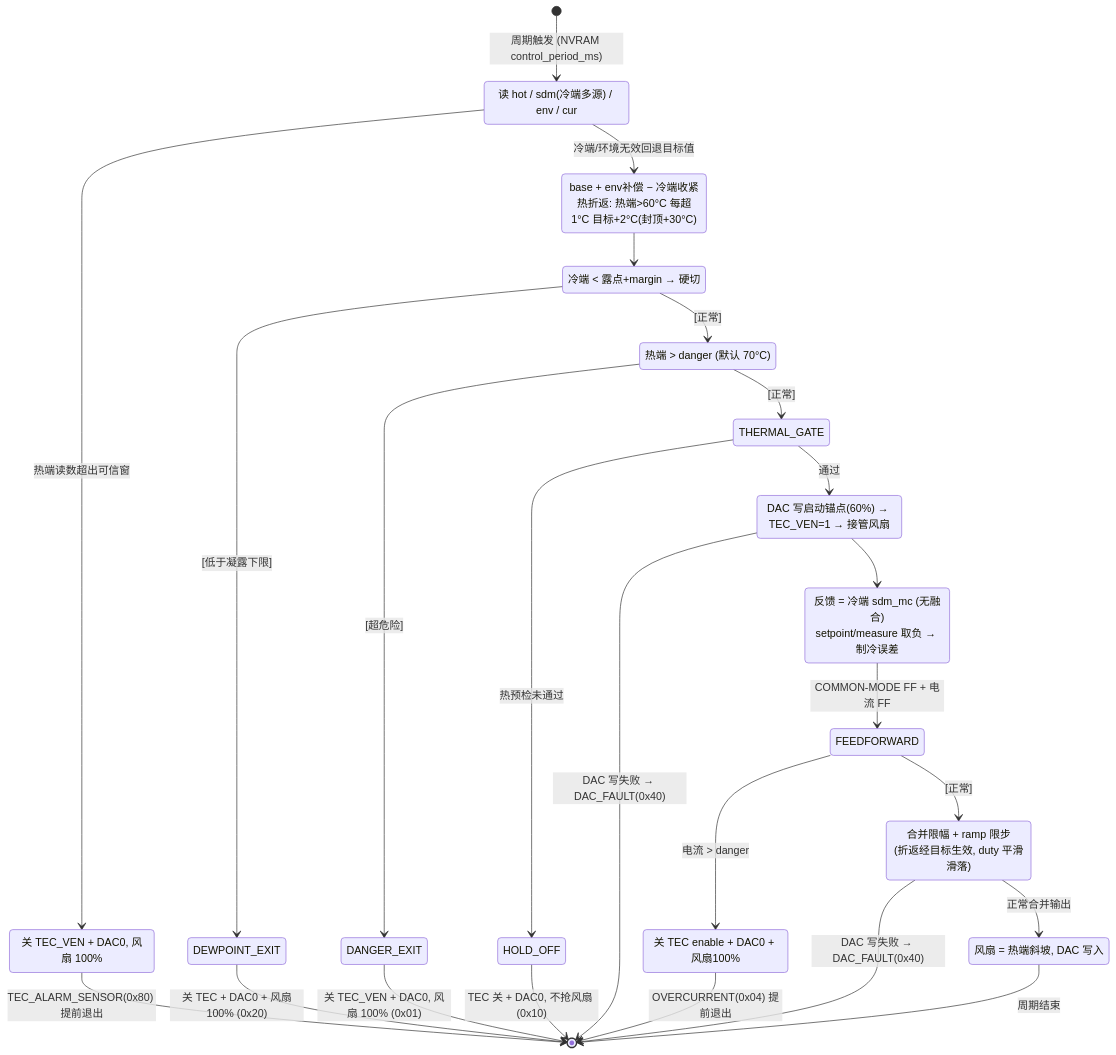
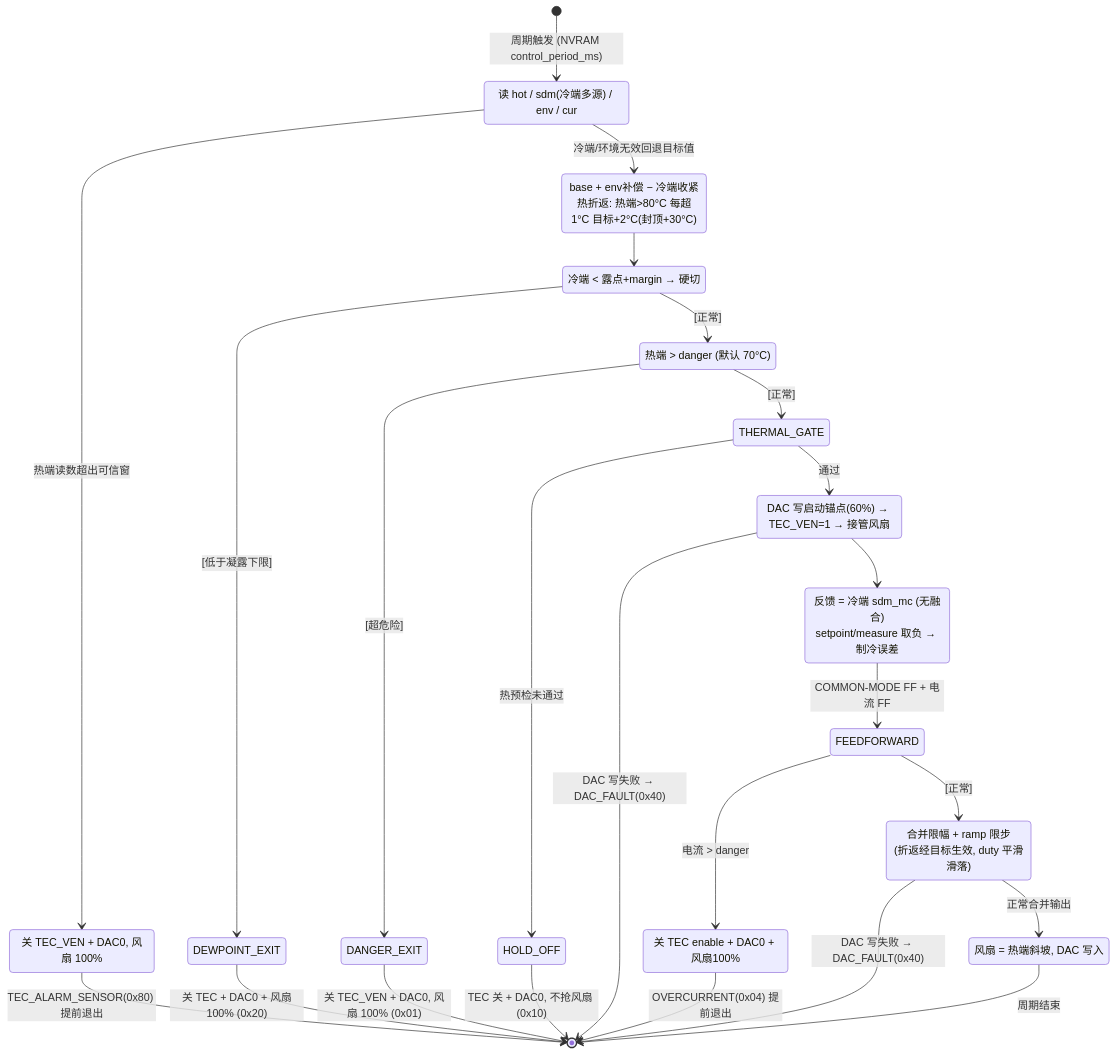
The fourth of 5 diagrams in WORKLOG_CURRENT.md (Vkd4U2NtVkZOVg/py32_control), drawn with Mermaid before and after one commit. The commit also changed other lines of this file and 1 other file, not shown here.

````diff
--- a/WORKLOG_CURRENT.md
+++ b/WORKLOG_CURRENT.md
@@ -341,47 +341,47 @@
 ```mermaid
 stateDiagram-v2
     [*] --> READ_SENSORS : 周期触发 (NVRAM control_period_ms)
 
     READ_SENSORS : 读 hot / sdm(冷端多源) / env / cur
     READ_SENSORS --> HOT_INVALID : 热端读数超出可信窗
     READ_SENSORS --> DYNAMIC_TARGET : 冷端/环境无效回退目标值
 
     HOT_INVALID : 关 TEC_VEN + DAC0, 风扇 100%
     HOT_INVALID --> [*] : TEC_ALARM_SENSOR(0x80) 提前退出
 
-    DYNAMIC_TARGET : base + env补偿 − 冷端收紧<br/>热折返: 热端>60°C 每超1°C 目标+2°C(封顶+30°C)
+    DYNAMIC_TARGET : base + env补偿 − 冷端收紧<br/>热折返: 热端>80°C 每超1°C 目标+2°C(封顶+30°C)
     DYNAMIC_TARGET --> DEWPOINT_GUARD
 
     DEWPOINT_GUARD : 冷端 < 露点+margin → 硬切
     DEWPOINT_GUARD --> DEWPOINT_EXIT : [低于凝露下限]
     DEWPOINT_GUARD --> DANGER_CHECK : [正常]
     DEWPOINT_EXIT --> [*] : 关 TEC + DAC0 + 风扇100% (0x20)
 
     DANGER_CHECK : 热端 > danger (默认 70°C)
     DANGER_CHECK --> DANGER_EXIT : [超危险]
     DANGER_CHECK --> THERMAL_GATE : [正常]
     DANGER_EXIT --> [*] : 关 TEC_VEN + DAC0, 风扇 100% (0x01)
 
     THERMAL_GATE --> HOLD_OFF : 热预检未通过
     THERMAL_GATE --> FIRST_ENABLE : 通过
     HOLD_OFF --> [*] : TEC 关 + DAC0, 不抢风扇 (0x10)
 
     FIRST_ENABLE : DAC 写启动锚点(60%) → TEC_VEN=1 → 接管风扇
     FIRST_ENABLE --> PID_CALC
     FIRST_ENABLE --> [*] : DAC 写失败 → DAC_FAULT(0x40)
 
     PID_CALC : 反馈 = 冷端 sdm_mc (无融合)<br/>setpoint/measure 取负 → 制冷误差
     PID_CALC --> FEEDFORWARD : COMMON-MODE FF + 电流 FF
 
     FEEDFORWARD --> OVERCURRENT : 电流 > danger
     FEEDFORWARD --> OUTPUT : [正常]
     OVERCURRENT : 关 TEC enable + DAC0 + 风扇100%
     OVERCURRENT --> [*] : OVERCURRENT(0x04) 提前退出
 
     OUTPUT : 合并限幅 + ramp 限步<br/>(折返经目标生效, duty 平滑滑落)
     OUTPUT --> SET_ACTUATORS : 正常合并输出
     OUTPUT --> [*] : DAC 写失败 → DAC_FAULT(0x40)
 
     SET_ACTUATORS : 风扇 = 热端斜坡, DAC 写入
     SET_ACTUATORS --> [*] : 周期结束
 ```
````
